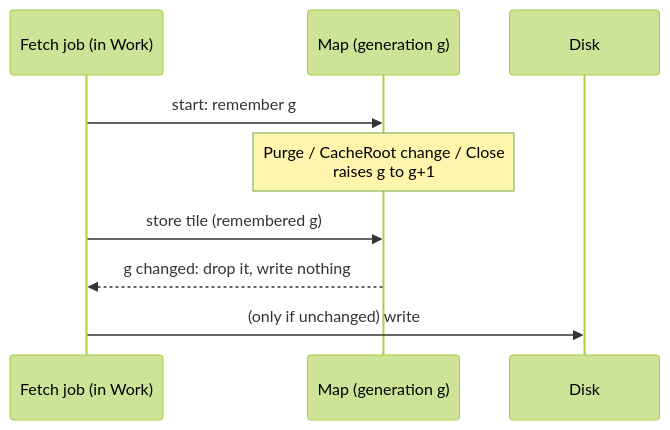
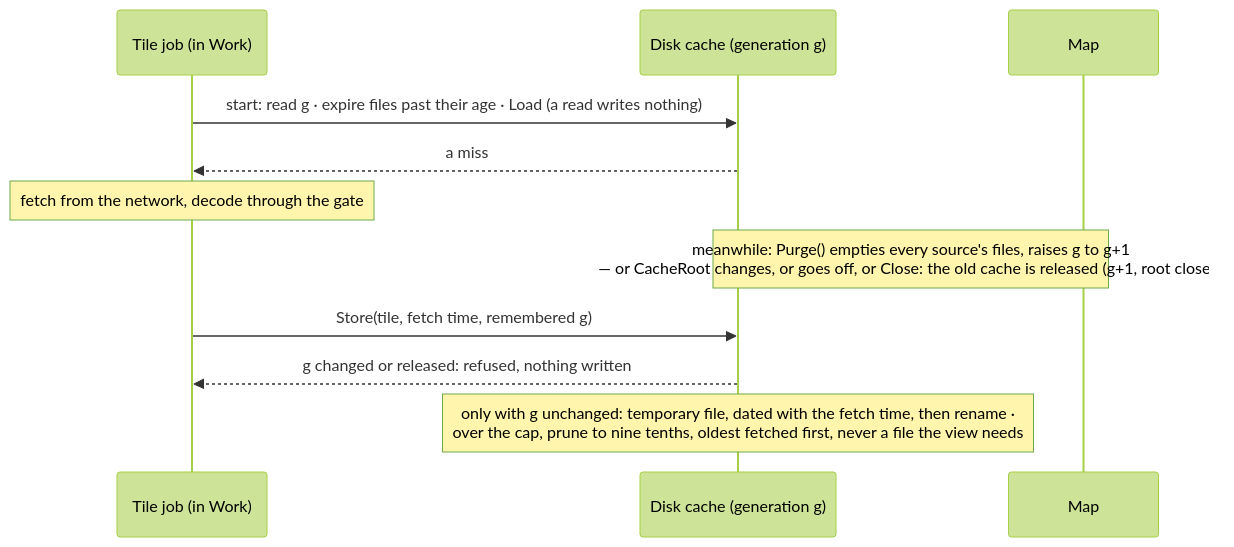
The diagram in 06_docs/02_features/radar-loops/03-architecture-design/approach-3-cache.md (branden-thompson/go-tuimaps), drawn with Mermaid (forest theme) before and after one commit. The commit also changed other lines of this file and 20 other files, not shown here.

````diff
--- a/06_docs/02_features/radar-loops/03-architecture-design/approach-3-cache.md
+++ b/06_docs/02_features/radar-loops/03-architecture-design/approach-3-cache.md
@@ -43,11 +45,13 @@
 ```mermaid
 sequenceDiagram
-  participant J as Fetch job (in Work)
-  participant M as Map (generation g)
-  participant D as Disk
-  J->>M: start: remember g
-  Note over M: Purge / CacheRoot change / Close<br/>raises g to g+1
-  J->>M: store tile (remembered g)
-  M-->>J: g changed: drop it, write nothing
-  J->>D: (only if unchanged) write
+  participant J as Tile job (in Work)
+  participant D as Disk cache (generation g)
+  participant M as Map
+  J->>D: start: read g · expire files past their age · Load (a read writes nothing)
+  D-->>J: a miss
+  Note over J: fetch from the network, decode through the gate
+  Note over M,D: meanwhile: Purge() empties every source's files, raises g to g+1<br/>— or CacheRoot changes, or goes off, or Close: the old cache is released (g+1, root closed)
+  J->>D: Store(tile, fetch time, remembered g)
+  D-->>J: g changed or released: refused, nothing written
+  Note over D: only with g unchanged: temporary file, dated with the fetch time, then rename ·<br/>over the cap, prune to nine tenths, oldest fetched first, never a file the view needs
 ```
````
